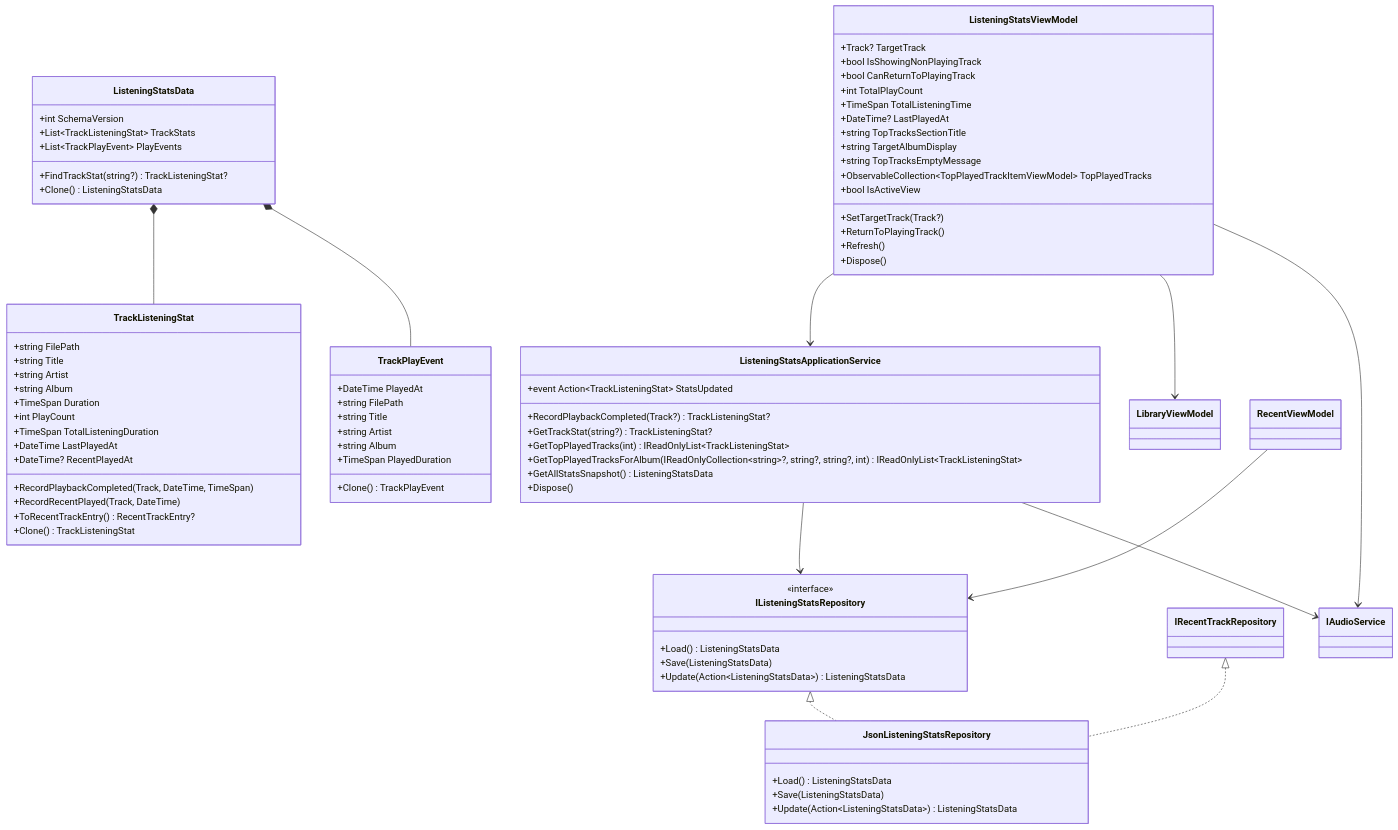
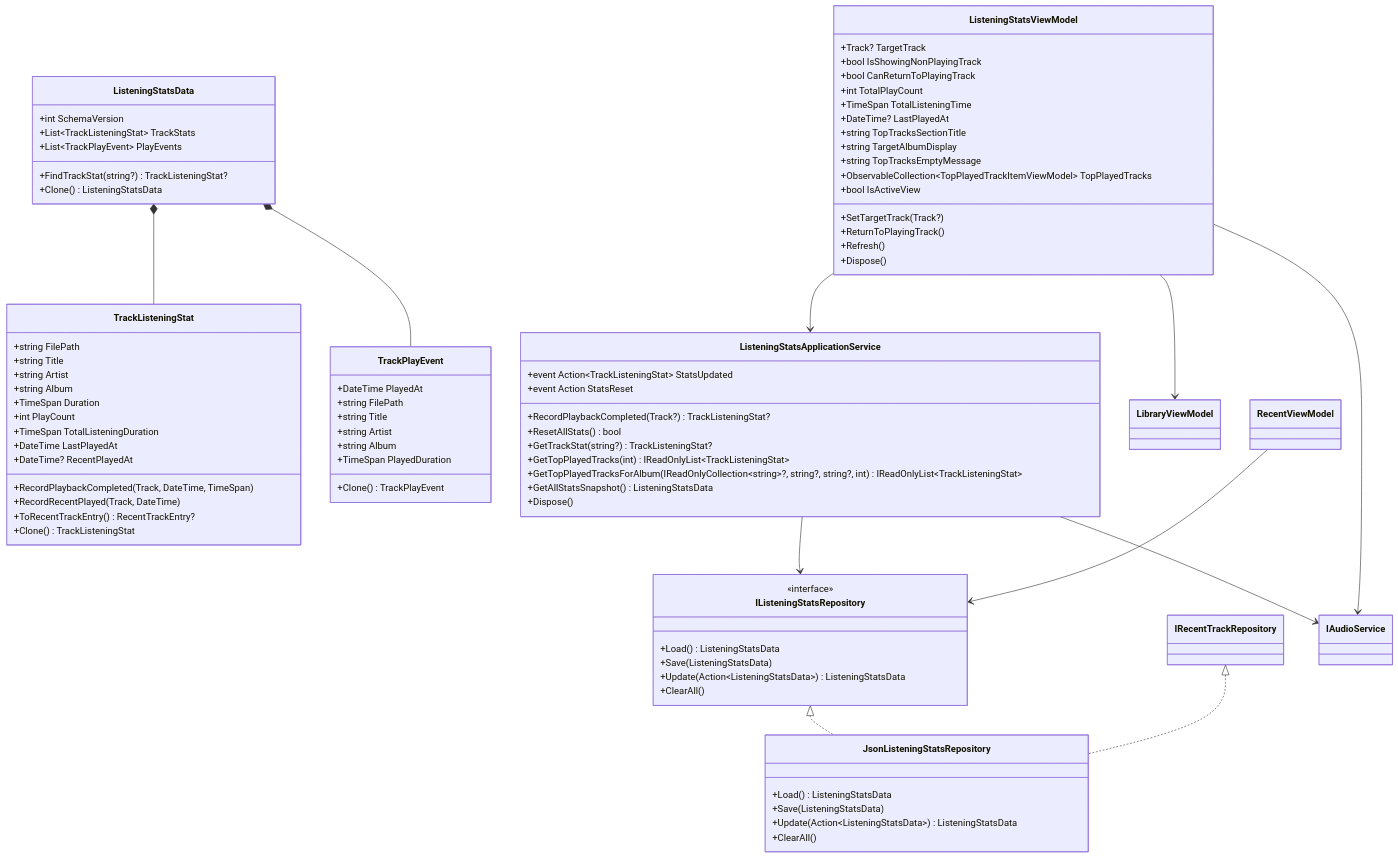
One commit to taketonnbo/Audio_Effector changed the first of 2 diagrams in 設計/詳細設計/リスニング統計ダッシュボード.md. Above: the diagram before and after it, drawn with Mermaid. The commit also changed other lines of this file and 14 other files, not shown here.

```diff
--- a/設計/詳細設計/リスニング統計ダッシュボード.md
+++ b/設計/詳細設計/リスニング統計ダッシュボード.md
@@ -56,17 +56,21 @@
         +Load() ListeningStatsData
         +Save(ListeningStatsData)
         +Update(Action~ListeningStatsData~) ListeningStatsData
+        +ClearAll()
     }
 
     class JsonListeningStatsRepository {
         +Load() ListeningStatsData
         +Save(ListeningStatsData)
         +Update(Action~ListeningStatsData~) ListeningStatsData
+        +ClearAll()
     }
 
     class ListeningStatsApplicationService {
         +event Action~TrackListeningStat~ StatsUpdated
+        +event Action StatsReset
         +RecordPlaybackCompleted(Track?) TrackListeningStat?
+        +ResetAllStats() bool
         +GetTrackStat(string?) TrackListeningStat?
         +GetTopPlayedTracks(int) IReadOnlyList~TrackListeningStat~
         +GetTopPlayedTracksForAlbum(IReadOnlyCollection~string~?, string?, string?, int) IReadOnlyList~TrackListeningStat~
```
